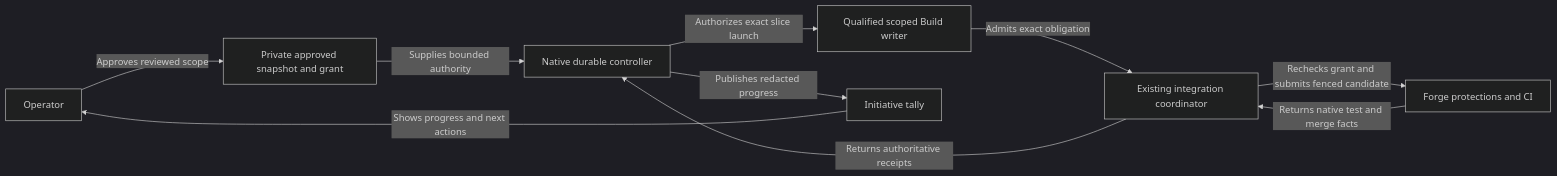
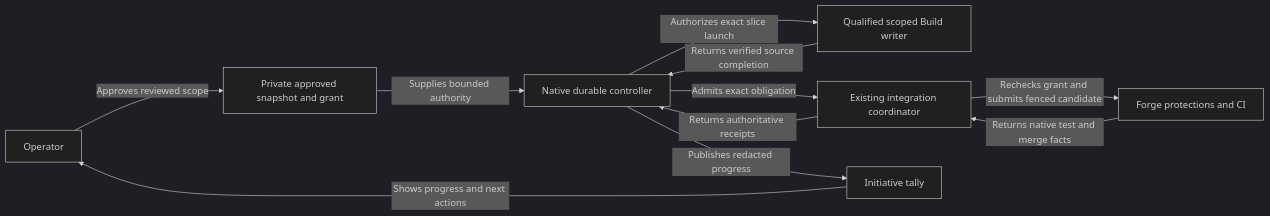
Before and after one commit to Saltiola7/dotfiles-ai: the first of 2 diagrams in docs/initiatives/dbsctr-auto-forge-parity/INITIATIVE-AUTO.md, drawn with Mermaid (dark theme). The commit also changed other lines of this file and 2 other files, not shown here.

````diff
--- a/docs/initiatives/dbsctr-auto-forge-parity/INITIATIVE-AUTO.md
+++ b/docs/initiatives/dbsctr-auto-forge-parity/INITIATIVE-AUTO.md
@@ -117,14 +130,15 @@
 ```mermaid
 flowchart LR
     accTitle: Initiative Auto ownership and evidence flow
     accDescr: The operator approves the reviewed scope. A durable controller and scoped writer launch slices. The integration coordinator uses protected forge CI. Redacted evidence supplies the tally.
     O[Operator] -->|Approves reviewed scope| G[Private approved snapshot and grant]
     G -->|Supplies bounded authority| C[Native durable controller]
     C -->|Authorizes exact slice launch| W[Qualified scoped Build writer]
-    W -->|Admits exact obligation| I[Existing integration coordinator]
+    W -->|Returns verified source completion| C
+    C -->|Admits exact obligation| I[Existing integration coordinator]
     I -->|Rechecks grant and submits fenced candidate| F[Forge protections and CI]
     F -->|Returns native test and merge facts| I
     I -->|Returns authoritative receipts| C
     C -->|Publishes redacted progress| T[Initiative tally]
     T -->|Shows progress and next actions| O
 ```
````
